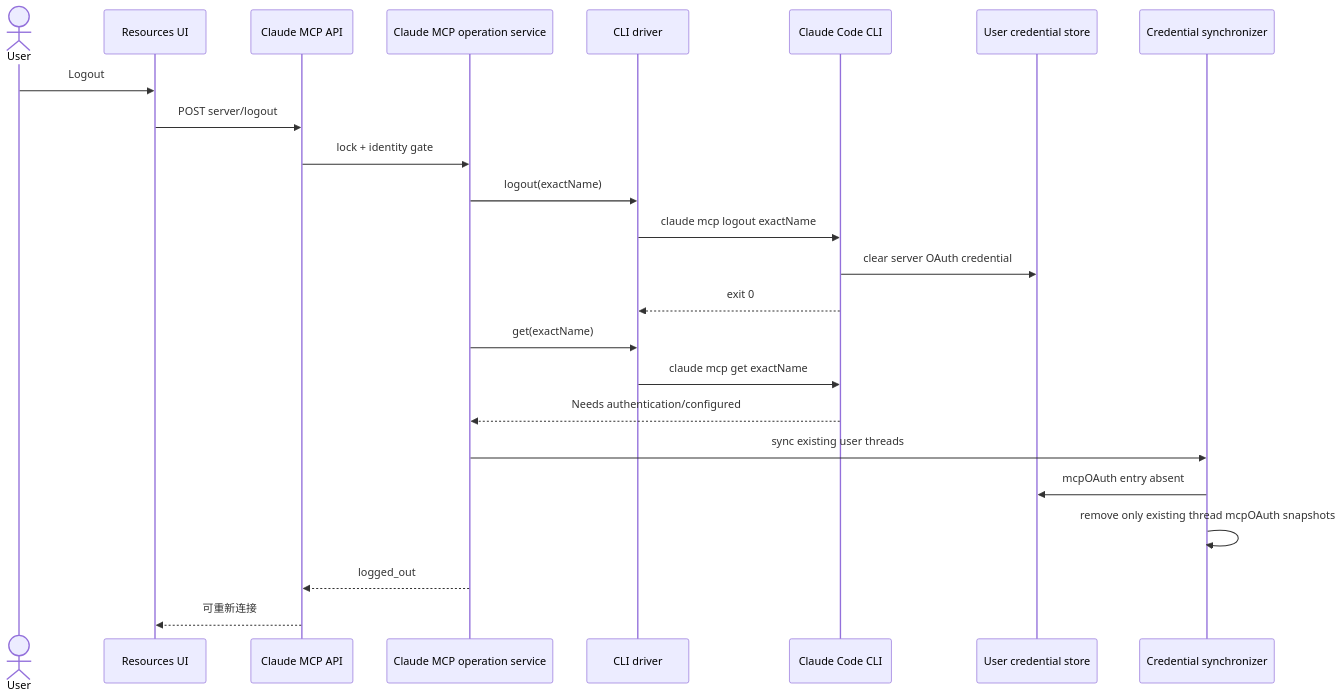
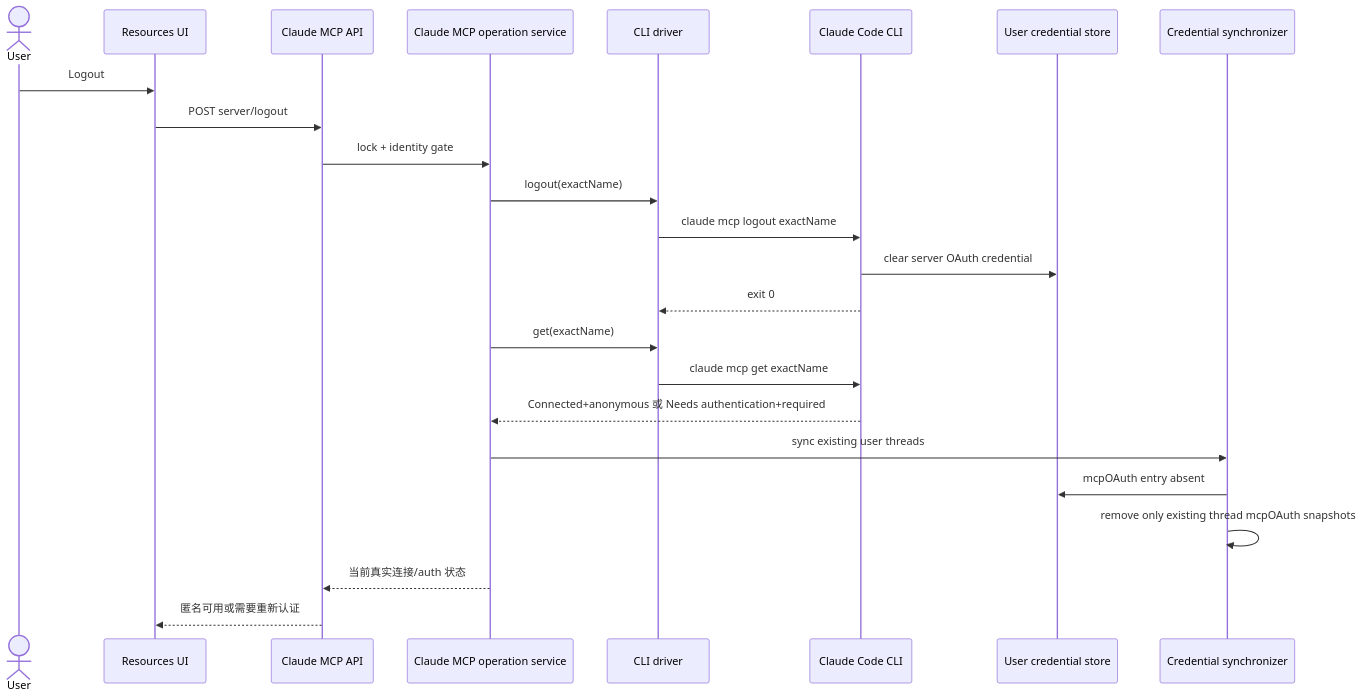
One commit to glide-the/im-dream changed the sixth of 9 diagrams in docs/design/claude-mcp/claude-mcp-resource-connector-design.md. Above: the diagram before and after it, drawn with Mermaid. The commit also changed other lines of this file and 22 other files, not shown here.

````diff
--- a/docs/design/claude-mcp/claude-mcp-resource-connector-design.md
+++ b/docs/design/claude-mcp/claude-mcp-resource-connector-design.md
@@ -603,26 +610,26 @@
 ```mermaid
 sequenceDiagram
   actor User
   participant UI as Resources UI
   participant API as Claude MCP API
   participant SVC as Claude MCP operation service
   participant DRV as CLI driver
   participant CLI as Claude Code CLI
   participant SEC as User credential store
   participant SYNC as Credential synchronizer
   User->>UI: Logout
   UI->>API: POST server/logout
   API->>SVC: lock + identity gate
   SVC->>DRV: logout(exactName)
   DRV->>CLI: claude mcp logout exactName
   CLI->>SEC: clear server OAuth credential
   CLI-->>DRV: exit 0
   SVC->>DRV: get(exactName)
   DRV->>CLI: claude mcp get exactName
-  CLI-->>SVC: Needs authentication/configured
+  CLI-->>SVC: Connected+anonymous 或 Needs authentication+required
   SVC->>SYNC: sync existing user threads
   SYNC->>SEC: mcpOAuth entry absent
   SYNC->>SYNC: remove only existing thread mcpOAuth snapshots
-  SVC-->>API: logged_out
-  API-->>UI: 可重新连接
+  SVC-->>API: 当前真实连接/auth 状态
+  API-->>UI: 匿名可用或需要重新认证
 ```
````
